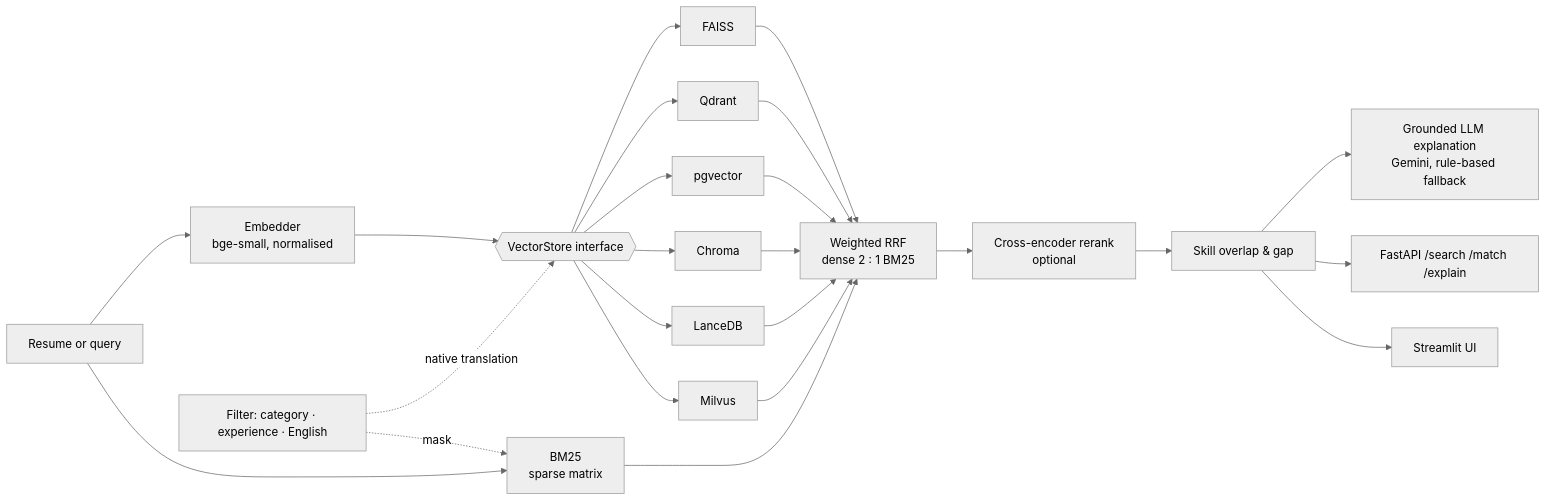
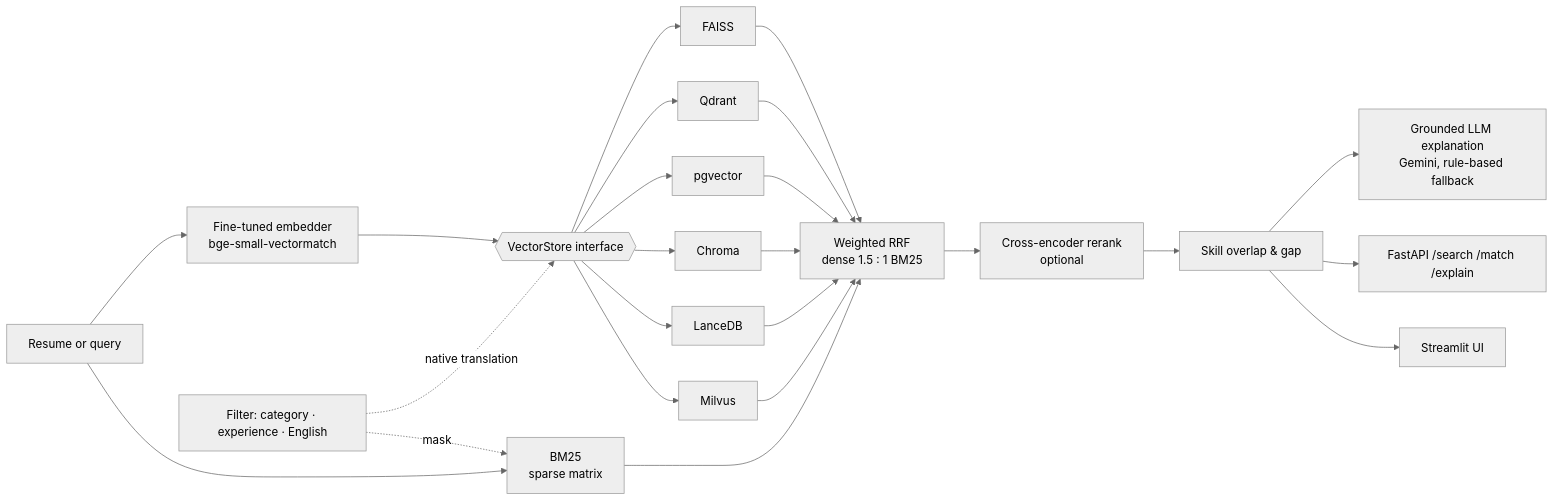
Before and after one commit to KhajaRaheelAhmedMohiuddin/vectormatch: the diagram in README.md, drawn with Mermaid (neutral theme). The commit also changed other lines of this file and 7 other files, not shown here.

````diff
--- a/README.md
+++ b/README.md
@@ -84,16 +89,16 @@
 ```mermaid
 flowchart LR
-    Q[Resume or query] --> E[Embedder<br/>bge-small, normalised]
+    Q[Resume or query] --> E[Fine-tuned embedder<br/>bge-small-vectormatch]
     Q --> B[BM25<br/>sparse matrix]
     E --> VS{{VectorStore interface}}
     VS --> F[FAISS] & QD[Qdrant] & PG[pgvector] & CH[Chroma] & LA[LanceDB] & MI[Milvus]
-    F & QD & PG & CH & LA & MI --> R[Weighted RRF<br/>dense 2 : 1 BM25]
+    F & QD & PG & CH & LA & MI --> R[Weighted RRF<br/>dense 1.5 : 1 BM25]
     B --> R
     FL[Filter: category · experience · English] -.native translation.-> VS
     FL -.mask.-> B
     R --> RR[Cross-encoder rerank<br/>optional]
     RR --> S[Skill overlap & gap]
     S --> X[Grounded LLM explanation<br/>Gemini, rule-based fallback]
     S --> API[FastAPI /search /match /explain]
     S --> UI[Streamlit UI]
 ```
````
